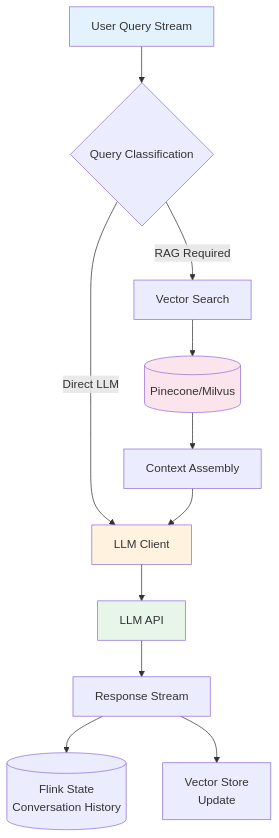
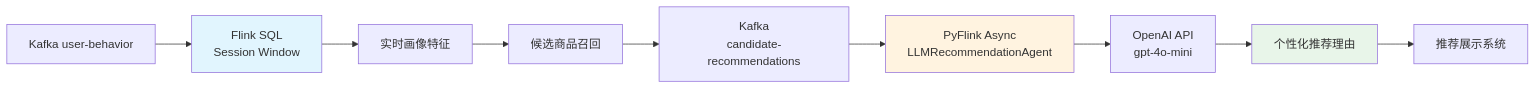
The fifth of 7 diagrams in Knowledge/06-frontier/ai-agent-flink-end-to-end-architecture.md (AdaMartin18010/AnalysisDataFlow), drawn with Mermaid before and after one commit. The commit also changed other lines of this file and 18 other files, not shown here.

````diff
--- a/Knowledge/06-frontier/ai-agent-flink-end-to-end-architecture.md
+++ b/Knowledge/06-frontier/ai-agent-flink-end-to-end-architecture.md
@@ -267,21 +2183,16 @@
 ```mermaid
-graph TB
-    A[User Query Stream] --> B{Query Classification}
-    B -->|RAG Required| C[Vector Search]
-    B -->|Direct LLM| D[LLM Client]
+flowchart LR
+    UB[Kafka user-behavior] --> WIN["Flink SQL<br/>Session Window"]
+    WIN --> FEAT["实时画像特征"]
+    FEAT --> CAND["候选商品召回"]
+    CAND --> K_REC["Kafka<br/>candidate-recommendations"]
 
-    C --> E[(Pinecone/Milvus)]
-    E --> F[Context Assembly]
-    F --> D
+    K_REC --> LLM["PyFlink Async<br/>LLMRecommendationAgent"]
+    LLM --> OPENAI["OpenAI API<br/>gpt-4o-mini"]
+    OPENAI --> REASON["个性化推荐理由"]
+    REASON --> DISPLAY["推荐展示系统"]
 
-    D --> G[LLM API]
-    G --> H[Response Stream]
-
-    H --> I[(Flink State<br/>Conversation History)]
-    H --> J[Vector Store<br/>Update]
-
-    style A fill:#e3f2fd
-    style D fill:#fff3e0
-    style G fill:#e8f5e9
-    style E fill:#fce4ec
+    style WIN fill:#e1f5fe
+    style LLM fill:#fff3e0
+    style REASON fill:#e8f5e9
 ```
````
